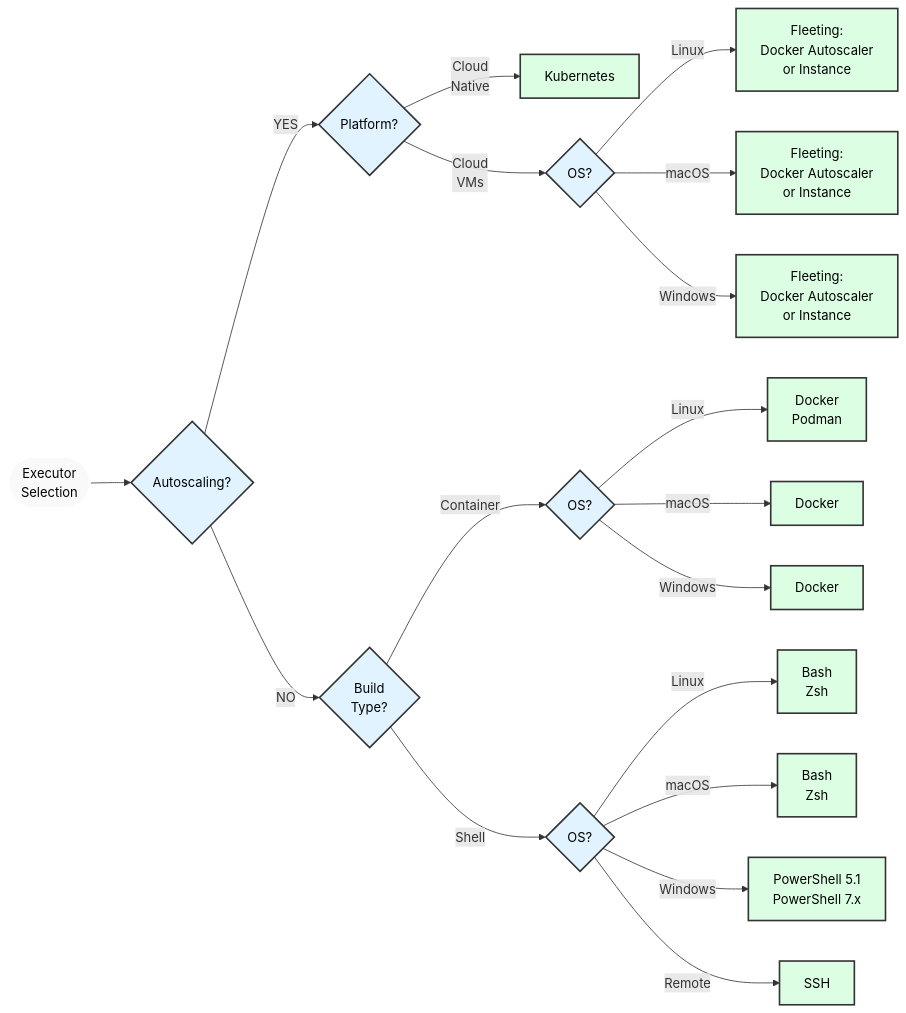
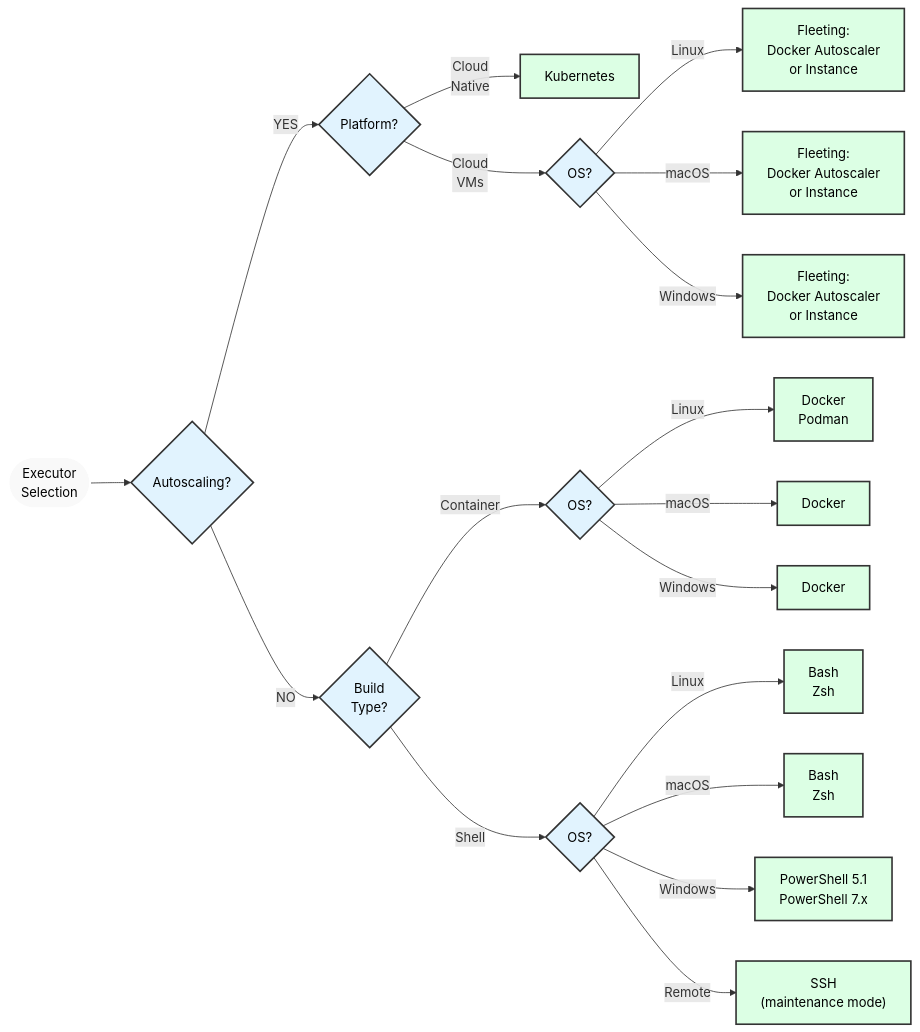
Before and after one commit to gitlabhq/gitlab-runner: the diagram in docs/executors/_index.md, drawn with Mermaid. The commit also changed other lines of this file and 4 other files, not shown here.

````diff
--- a/docs/executors/_index.md
+++ b/docs/executors/_index.md
@@ -212,34 +43,34 @@
 ```mermaid
 flowchart LR
     Start([Executor<br/>Selection]) --> Auto{Autoscaling?}
 
     Auto -->|YES| Platform{Platform?}
     Auto -->|NO| BuildType{Build<br/>Type?}
 
     Platform -->|Cloud<br/>Native| K8s[Kubernetes]
     Platform -->|Cloud<br/>VMs| OS1{OS?}
 
     OS1 -->|Linux| L1[Fleeting:<br/>Docker Autoscaler<br/>or Instance]
     OS1 -->|macOS| M1[Fleeting:<br/>Docker Autoscaler<br/>or Instance]
     OS1 -->|Windows| W1[Fleeting:<br/>Docker Autoscaler<br/>or Instance]
 
     BuildType -->|Container| OS2{OS?}
     BuildType -->|Shell| OS3{OS?}
 
     OS2 -->|Linux| L2[Docker<br/>Podman]
     OS2 -->|macOS| M2[Docker]
     OS2 -->|Windows| W2[Docker]
 
     OS3 -->|Linux| L3[Bash<br/>Zsh]
     OS3 -->|macOS| M3[Bash<br/>Zsh]
     OS3 -->|Windows| W3[PowerShell 5.1<br/>PowerShell 7.x]
-    OS3 -->|Remote| R3[SSH]
+    OS3 -->|Remote| R3[SSH<br/>#40;maintenance mode#41;]
 
     classDef question fill:#e1f3fe,stroke:#333,stroke-width:2px,color:#000
     classDef result fill:#dcffe4,stroke:#333,stroke-width:2px,color:#000
     classDef start fill:#f9f9f9,stroke:#fff,stroke-width:2px,color:#000
 
     class Start start;
     class Auto,Platform,BuildType,OS1,OS2,OS3 question;
     class K8s,L1,M1,W1,L2,M2,W2,L3,M3,W3,R3 result;
 ```
````
